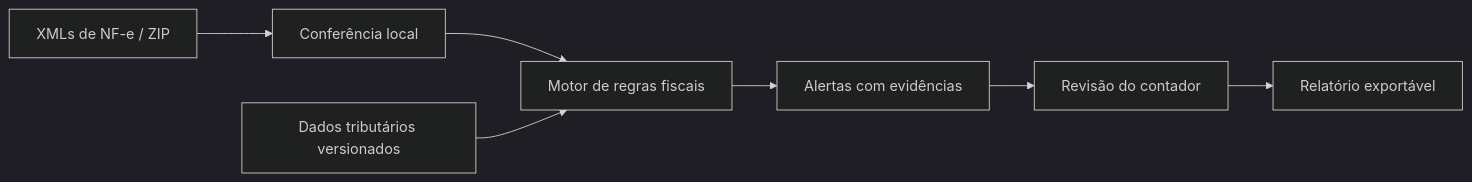
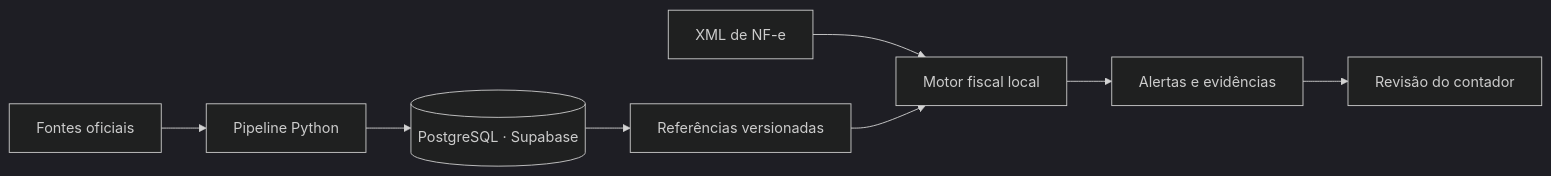
The diagram in README.md (lucasvidalsilva/contai), drawn with Mermaid (dark theme) before and after one commit. The commit also changed other lines of this file and 1 other file, not shown here.

````diff
--- a/README.md
+++ b/README.md
@@ -35,9 +25,10 @@
 ```mermaid
 flowchart LR
-    A[XMLs de NF-e / ZIP] --> B[Conferência local]
-    B --> C[Motor de regras fiscais]
-    D[Dados tributários versionados] --> C
-    C --> E[Alertas com evidências]
-    E --> F[Revisão do contador]
-    F --> G[Relatório exportável]
+    A[Fontes oficiais] --> B[Pipeline Python]
+    B --> C[(PostgreSQL · Supabase)]
+    C --> D[Referências versionadas]
+    E[XML de NF-e] --> F[Motor fiscal local]
+    D --> F
+    F --> G[Alertas e evidências]
+    G --> H[Revisão do contador]
 ```
````
